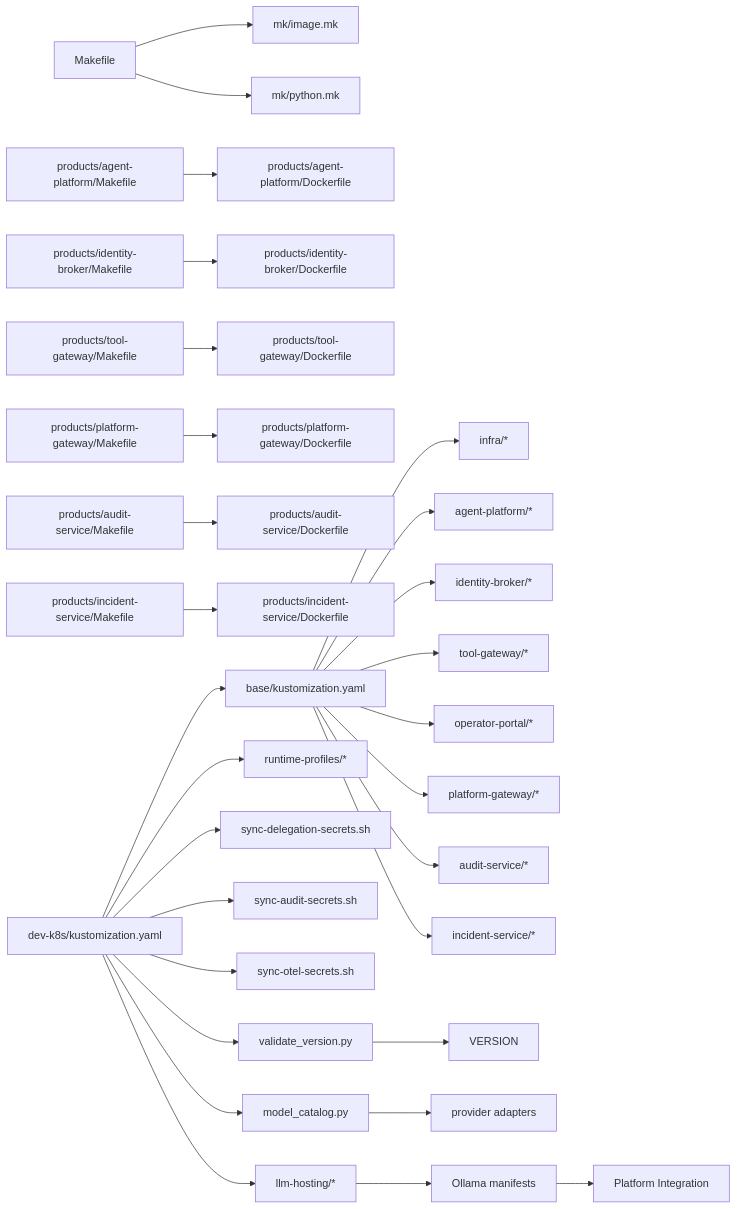
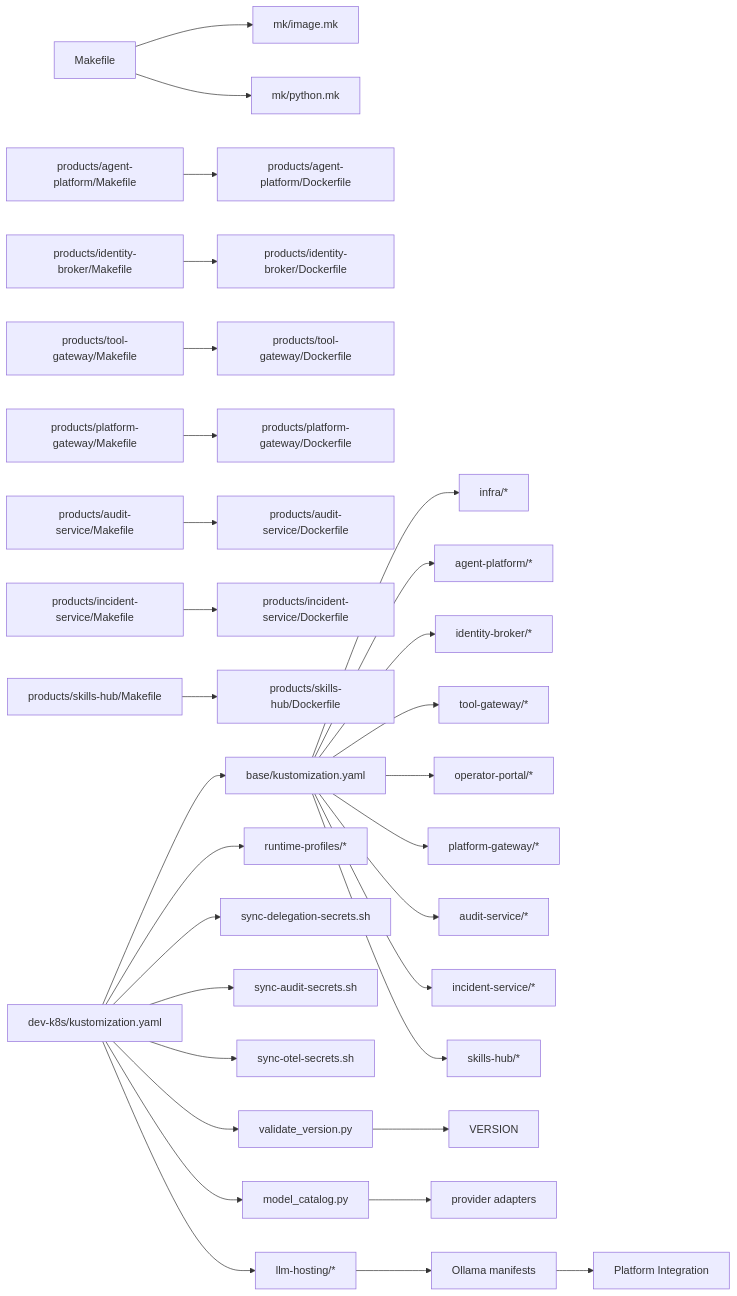
Diagram 12 of 12 in .qoder/repowiki/en/content/Deployment and Operations/Deployment and Operations.md (metasync/luban-aiops), drawn with Mermaid before and after one commit. The commit also changed other lines of this file and 8 other files, not shown here.

````diff
--- a/.qoder/repowiki/en/content/Deployment and Operations/Deployment and Operations.md
+++ b/.qoder/repowiki/en/content/Deployment and Operations/Deployment and Operations.md
@@ -894,31 +916,33 @@
 ```mermaid
 graph LR
 MakefileRoot["Makefile"] --> MkImage["mk/image.mk"]
 MakefileRoot --> MkPython["mk/python.mk"]
 APMake["products/agent-platform/Makefile"] --> APDocker["products/agent-platform/Dockerfile"]
 IBMake["products/identity-broker/Makefile"] --> IBDocker["products/identity-broker/Dockerfile"]
 TGMake["products/tool-gateway/Makefile"] --> TGDocker["products/tool-gateway/Dockerfile"]
 PGMake["products/platform-gateway/Makefile"] --> PGDocker["products/platform-gateway/Dockerfile"]
 ASMake["products/audit-service/Makefile"] --> ASDocker["products/audit-service/Dockerfile"]
 ISMake["products/incident-service/Makefile"] --> ISDocker["products/incident-service/Dockerfile"]
+SHMake["products/skills-hub/Makefile"] --> SHDocker["products/skills-hub/Dockerfile"]
 BaseKust["base/kustomization.yaml"] --> Infra["infra/*"]
 BaseKust --> APRes["agent-platform/*"]
 BaseKust --> IBRes["identity-broker/*"]
 BaseKust --> TGRes["tool-gateway/*"]
 BaseKust --> OPRes["operator-portal/*"]
 BaseKust --> PGRes["platform-gateway/*"]
 BaseKust --> ASRes["audit-service/*"]
 BaseKust --> ISRes["incident-service/*"]
+BaseKust --> SHRes["skills-hub/*"]
 OverlayKust["dev-k8s/kustomization.yaml"] --> BaseKust
 OverlayKust --> Profiles["runtime-profiles/*"]
 OverlayKust --> Delegation["sync-delegation-secrets.sh"]
 OverlayKust --> AuditSecrets["sync-audit-secrets.sh"]
 OverlayKust --> OTelSecrets["sync-otel-secrets.sh"]
 OverlayKust --> VersionValidation["validate_version.py"]
 OverlayKust --> ModelCatalog["model_catalog.py"]
 OverlayKust --> LLMHosting["llm-hosting/*"]
 VersionValidation --> VERSION["VERSION"]
 ModelCatalog --> Providers["provider adapters"]
 LLMHosting --> OllamaManifests["Ollama manifests"]
 OllamaManifests --> Platform["Platform Integration"]
 ```
````
